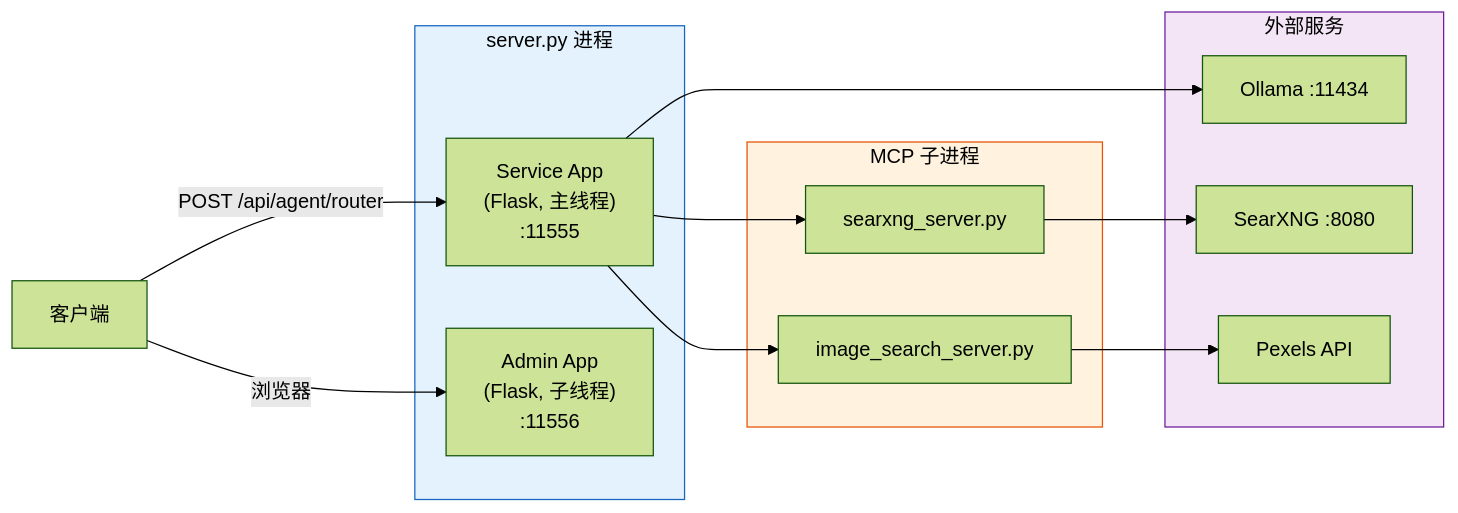
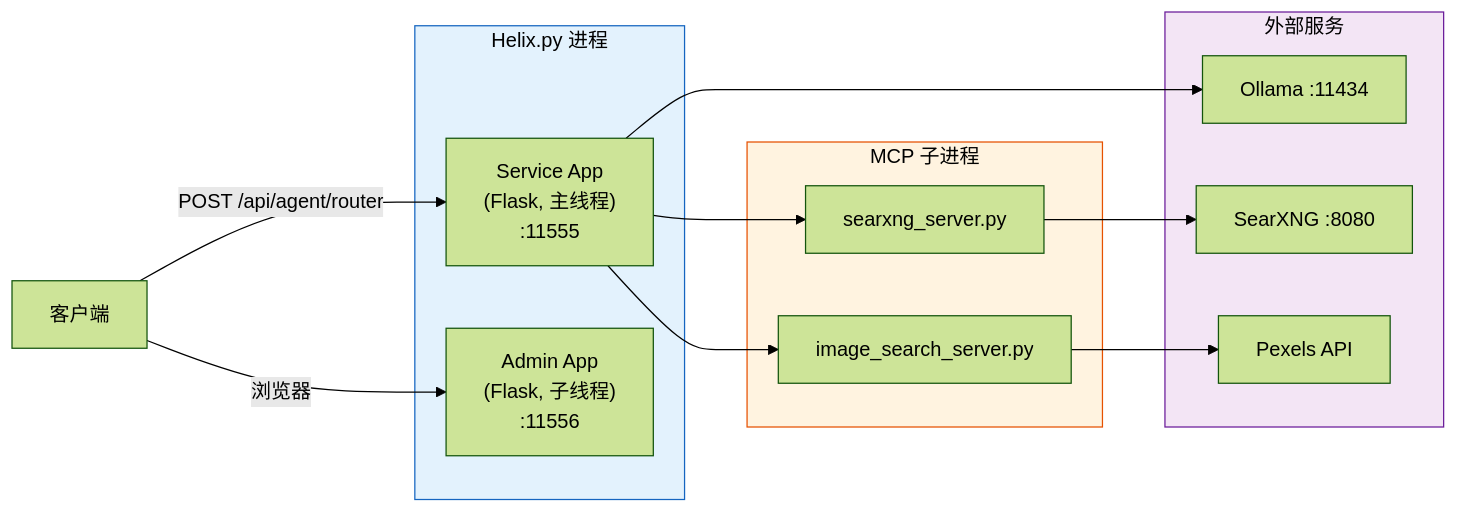
One commit to jimmylang74/Helix changed diagram 12 of 12 in doc/design.md. Above: the diagram before and after it, drawn with Mermaid (forest theme). The commit also changed other lines of this file and 13 other files, not shown here.

````diff
--- a/doc/design.md
+++ b/doc/design.md
@@ -860,30 +873,30 @@
 ```mermaid
 graph LR
-    subgraph Process["server.py 进程"]
+    subgraph Process["Helix.py 进程"]
         SVC["Service App<br/>(Flask, 主线程)<br/>:11555"]
         ADM["Admin App<br/>(Flask, 子线程)<br/>:11556"]
     end
 
     subgraph SubProcs["MCP 子进程"]
         SP1["searxng_server.py"]
         SP2["image_search_server.py"]
     end
 
     subgraph External["外部服务"]
         OLL["Ollama :11434"]
         SX["SearXNG :8080"]
         PX["Pexels API"]
     end
 
     USER["客户端"] -->|POST /api/agent/router| SVC
     USER -->|浏览器| ADM
     SVC --> SP1
     SVC --> SP2
     SVC --> OLL
     SP1 --> SX
     SP2 --> PX
 
     style Process fill:#e3f2fd,stroke:#1565c0,color:#000
     style SubProcs fill:#fff3e0,stroke:#e65100,color:#000
     style External fill:#f3e5f5,stroke:#6a1b9a,color:#000
 ```
````
